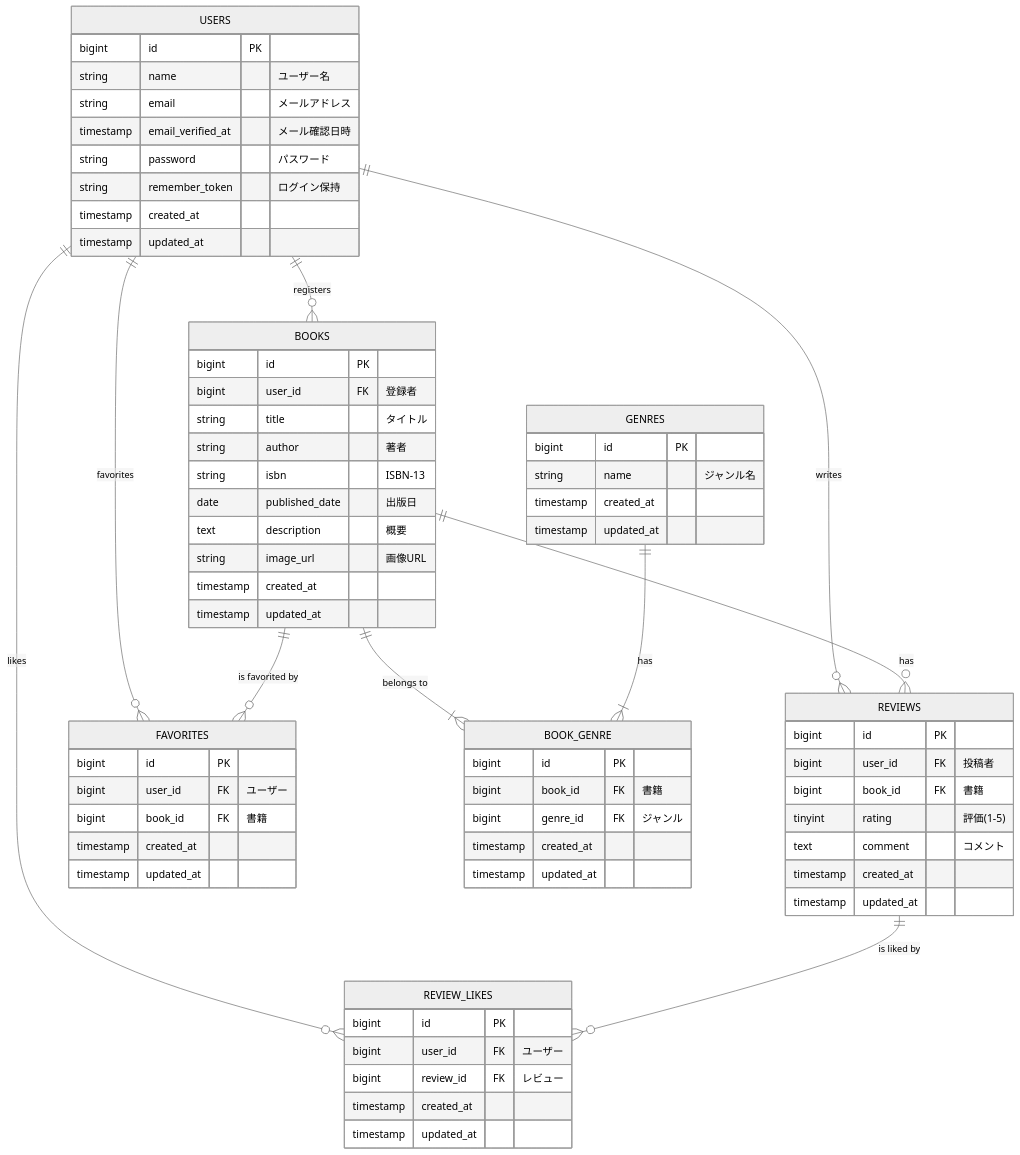
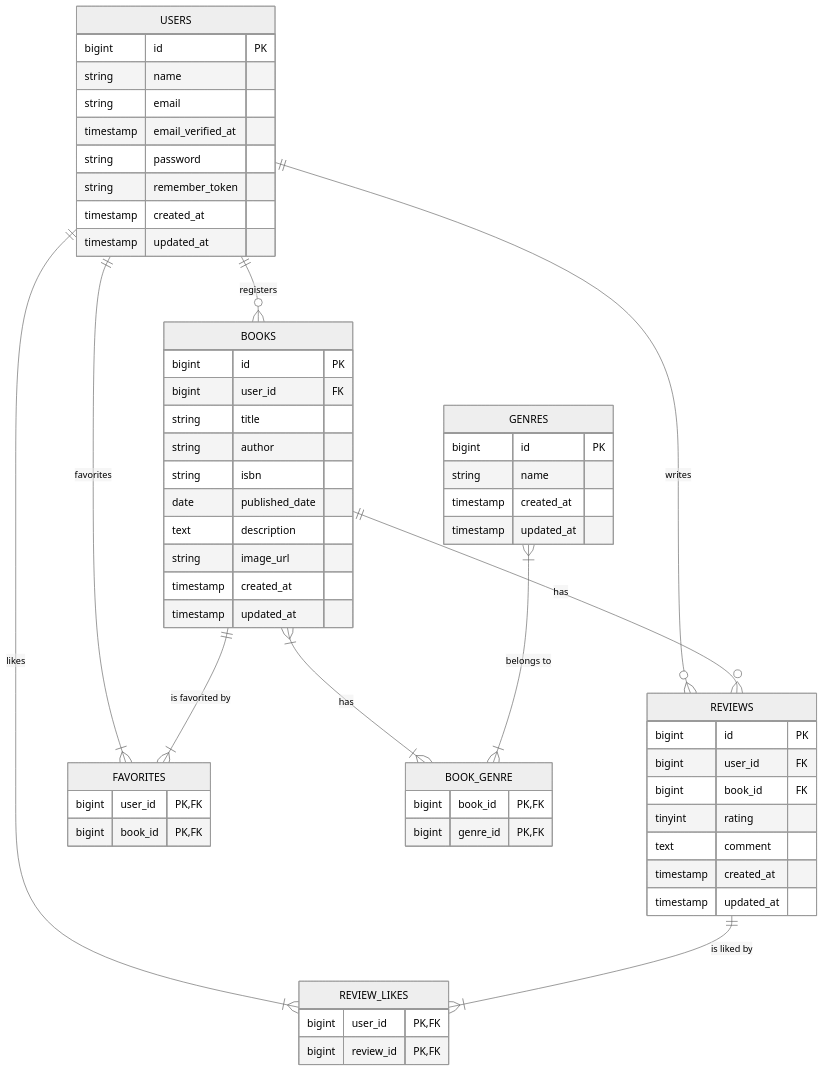
One commit to coachtech-material/ExampleAnswer-mockcase-BookShelf changed the diagram in 関連ドキュメント/復習教材/基本機能編_実装手順書_Chapter0_復習教材.md. Above: the diagram before and after it, drawn with Mermaid (neutral theme).

````diff
--- a/関連ドキュメント/復習教材/基本機能編_実装手順書_Chapter0_復習教材.md
+++ b/関連ドキュメント/復習教材/基本機能編_実装手順書_Chapter0_復習教材.md
@@ -54,78 +54,68 @@
 ```mermaid
 erDiagram
     USERS {
         bigint id PK
-        string name "ユーザー名"
-        string email "メールアドレス"
-        timestamp email_verified_at "メール確認日時"
-        string password "パスワード"
-        string remember_token "ログイン保持"
+        string name
+        string email
+        timestamp email_verified_at
+        string password
+        string remember_token
         timestamp created_at
         timestamp updated_at
     }
 
     BOOKS {
         bigint id PK
-        bigint user_id FK "登録者"
-        string title "タイトル"
-        string author "著者"
-        string isbn "ISBN-13"
-        date published_date "出版日"
-        text description "概要"
-        string image_url "画像URL"
+        bigint user_id FK
+        string title
+        string author
+        string isbn
+        date published_date
+        text description
+        string image_url
         timestamp created_at
         timestamp updated_at
     }
 
     REVIEWS {
         bigint id PK
-        bigint user_id FK "投稿者"
-        bigint book_id FK "書籍"
-        tinyint rating "評価(1-5)"
-        text comment "コメント"
+        bigint user_id FK
+        bigint book_id FK
+        tinyint rating
+        text comment
         timestamp created_at
         timestamp updated_at
     }
 
     GENRES {
         bigint id PK
-        string name "ジャンル名"
+        string name
         timestamp created_at
         timestamp updated_at
     }
 
     FAVORITES {
-        bigint id PK
-        bigint user_id FK "ユーザー"
-        bigint book_id FK "書籍"
-        timestamp created_at
-        timestamp updated_at
+        bigint user_id PK, FK
+        bigint book_id PK, FK
     }
 
     REVIEW_LIKES {
-        bigint id PK
-        bigint user_id FK "ユーザー"
-        bigint review_id FK "レビュー"
-        timestamp created_at
-        timestamp updated_at
+        bigint user_id PK, FK
+        bigint review_id PK, FK
     }
 
     BOOK_GENRE {
-        bigint id PK
-        bigint book_id FK "書籍"
-        bigint genre_id FK "ジャンル"
-        timestamp created_at
-        timestamp updated_at
+        bigint book_id PK, FK
+        bigint genre_id PK, FK
     }
 
     USERS ||--o{ BOOKS : "registers"
     USERS ||--o{ REVIEWS : "writes"
     BOOKS ||--o{ REVIEWS : "has"
-    USERS ||--o{ FAVORITES : "favorites"
-    BOOKS ||--o{ FAVORITES : "is favorited by"
-    USERS ||--o{ REVIEW_LIKES : "likes"
-    REVIEWS ||--o{ REVIEW_LIKES : "is liked by"
-    BOOKS ||--|{ BOOK_GENRE : "belongs to"
-    GENRES ||--|{ BOOK_GENRE : "has"
-
+    USERS ||--|{ FAVORITES : "favorites"
+    BOOKS ||--|{ FAVORITES : "is favorited by"
+    USERS ||--|{ REVIEW_LIKES : "likes"
+    REVIEWS ||--|{ REVIEW_LIKES : "is liked by"
+    BOOKS }|--|{ BOOK_GENRE : "has"
+    GENRES }|--|{ BOOK_GENRE : "belongs to"
 ```
````
